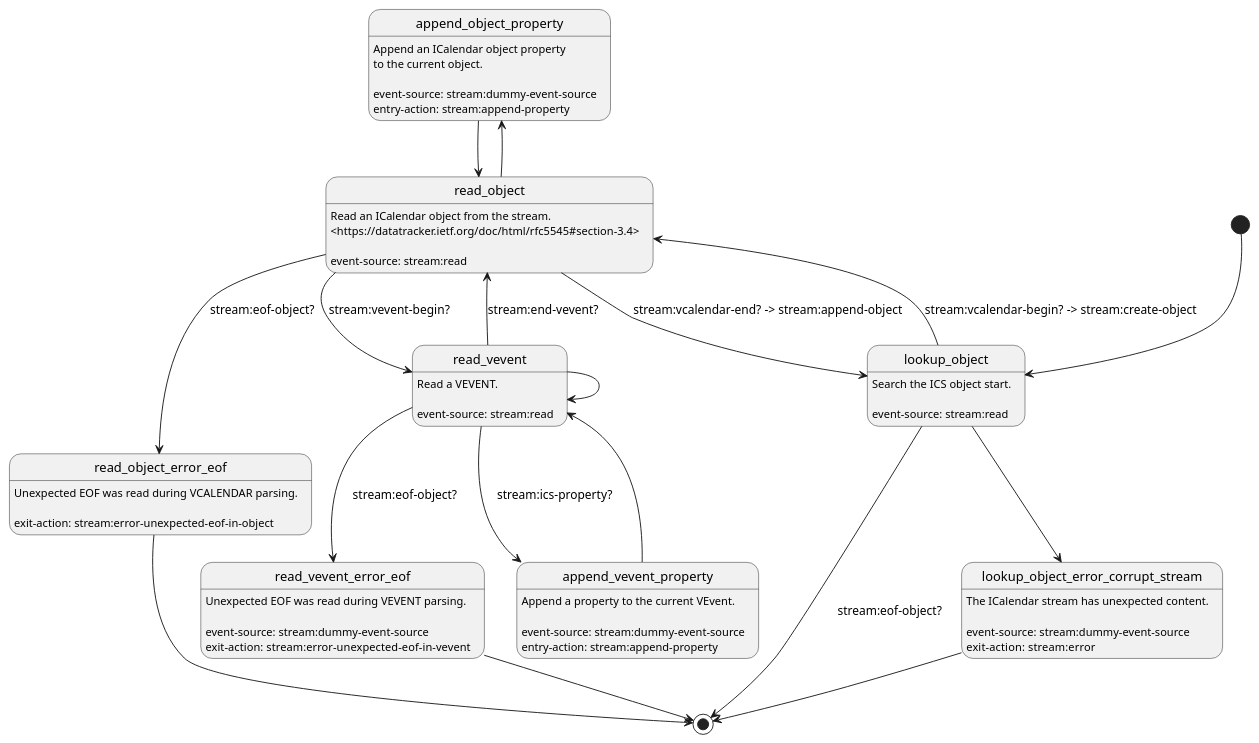
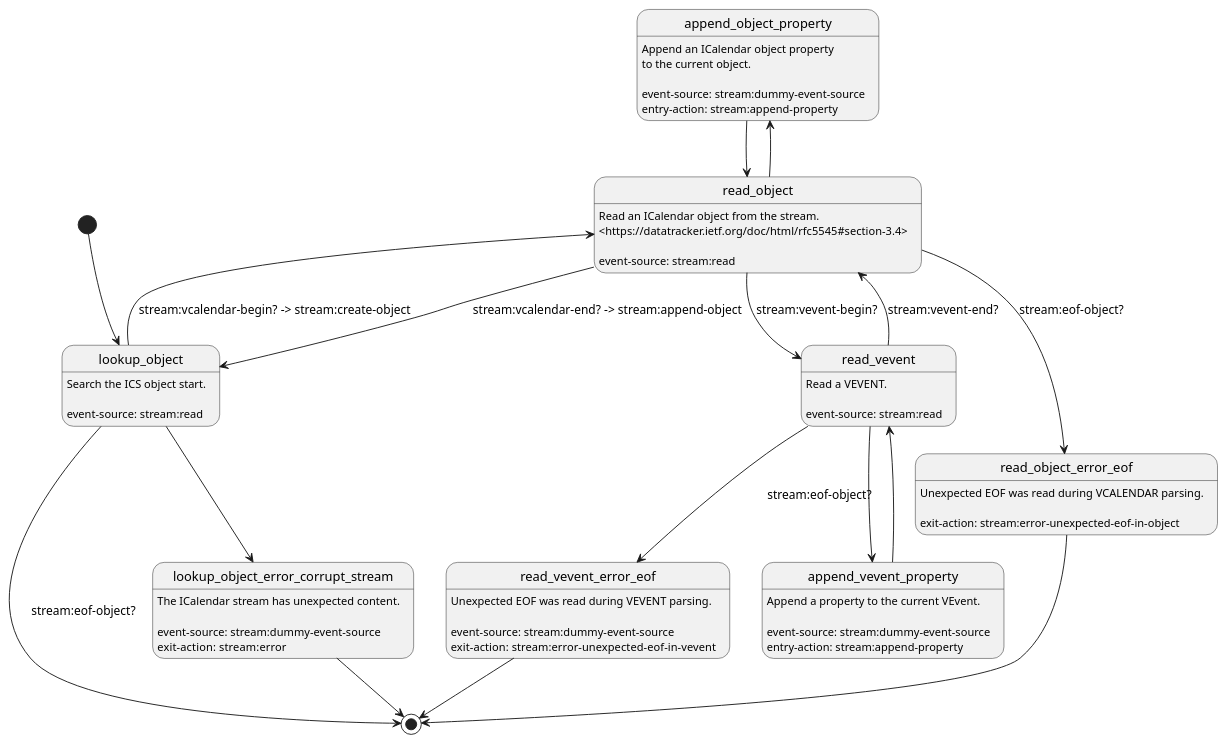
One commit to artyom-poptsov/guile-ics changed the diagram in modules/ics/fsm/stream-parser.puml. Above: the diagram before and after it, drawn with PlantUML.

Commit message:
modules/ics/fsm/stream-parser.puml: Bugfix

```diff
--- a/modules/ics/fsm/stream-parser.puml
+++ b/modules/ics/fsm/stream-parser.puml
@@ -1,58 +1,57 @@
 @startuml
 [*] --> lookup_object
 
 lookup_object: Search the ICS object start.
 lookup_object:
 lookup_object: event-source: stream:read
 lookup_object --> [*]:         stream:eof-object?
 lookup_object --> read_object: stream:vcalendar-begin? -> stream:create-object
 lookup_object --> lookup_object_error_corrupt_stream
 
 lookup_object_error_corrupt_stream: The ICalendar stream has unexpected content.
 lookup_object_error_corrupt_stream:
 lookup_object_error_corrupt_stream: event-source: stream:dummy-event-source
 lookup_object_error_corrupt_stream: exit-action:  stream:error
 lookup_object_error_corrupt_stream --> [*]
 
 read_object: Read an ICalendar object from the stream.
 read_object: <https://datatracker.ietf.org/doc/html/rfc5545#section-3.4>
 read_object:
 read_object: event-source: stream:read
 read_object --> read_object_error_eof:  stream:eof-object?
 read_object --> lookup_object:          stream:vcalendar-end? -> stream:append-object
 read_object --> read_vevent:            stream:vevent-begin?
 read_object --> append_object_property
 
 read_object_error_eof: Unexpected EOF was read during VCALENDAR parsing.
 read_object_error_eof:
 read_object_error_eof: exit-action: stream:error-unexpected-eof-in-object
 read_object_error_eof -> [*]
 
 append_object_property: Append an ICalendar object property
 append_object_property: to the current object.
 append_object_property:
 append_object_property: event-source: stream:dummy-event-source
 append_object_property: entry-action: stream:append-property
 append_object_property -> read_object
 
 read_vevent: Read a VEVENT.
 read_vevent:
 read_vevent: event-source: stream:read
 read_vevent --> read_vevent_error_eof:  stream:eof-object?
-read_vevent --> read_object:            stream:end-vevent?
-read_vevent --> append_vevent_property: stream:ics-property?
-read_vevent -> read_vevent
+read_vevent --> read_object:            stream:vevent-end?
+read_vevent --> append_vevent_property
 
 read_vevent_error_eof: Unexpected EOF was read during VEVENT parsing.
 read_vevent_error_eof:
 read_vevent_error_eof: event-source: stream:dummy-event-source
 read_vevent_error_eof: exit-action:  stream:error-unexpected-eof-in-vevent
 read_vevent_error_eof --> [*]
 
 append_vevent_property: Append a property to the current VEvent.
 append_vevent_property:
 append_vevent_property: event-source: stream:dummy-event-source
 append_vevent_property: entry-action: stream:append-property
 append_vevent_property --> read_vevent
 
 @enduml
```
